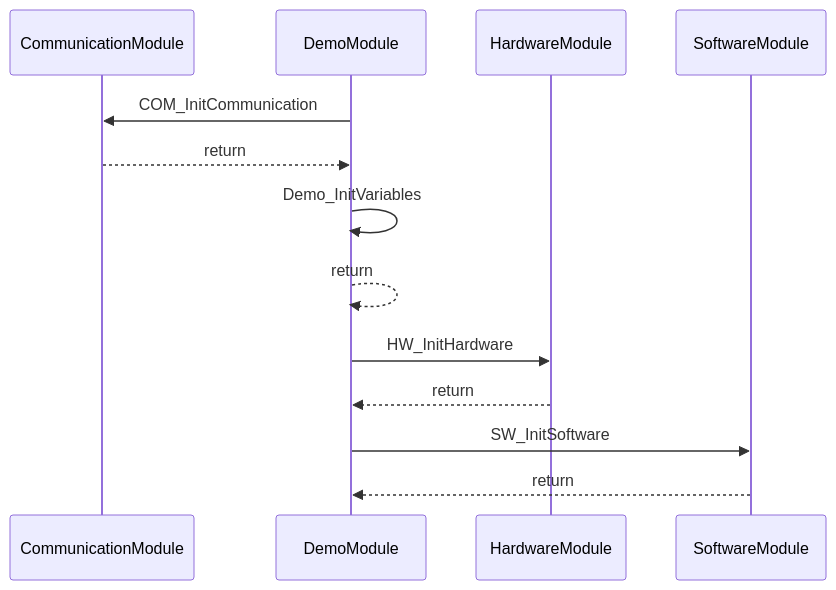
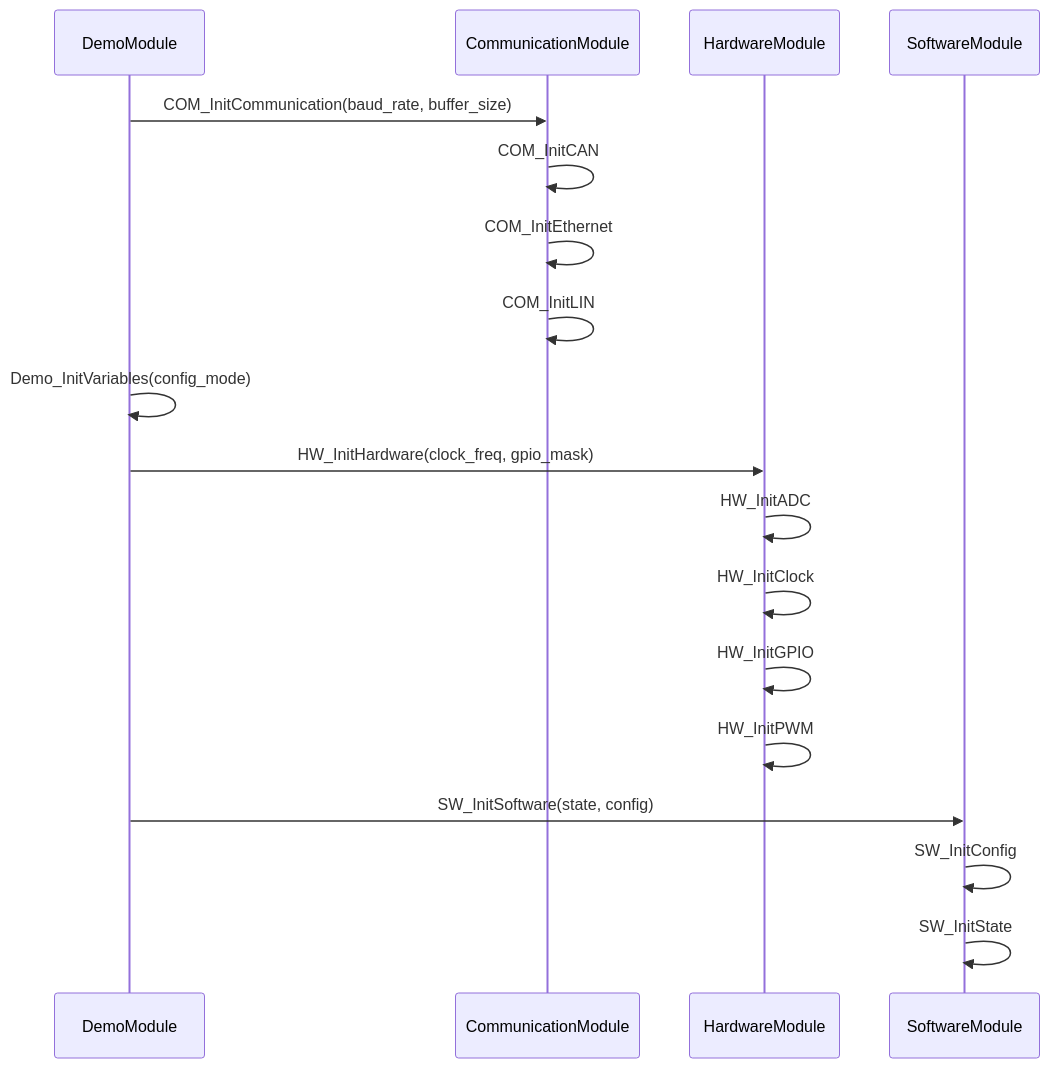
The diagram in demo/demo.md (melodypapa/autosar_calltree), drawn with Mermaid before and after one commit. The commit also changed other lines of this file and 14 other files, not shown here.

First line of the commit message:
feat: add parameter display and improved sequence diagram generation

````diff
--- a/demo/demo.md
+++ b/demo/demo.md
@@ -14,16 +14,21 @@
 ```mermaid
 sequenceDiagram
+    participant DemoModule
     participant CommunicationModule
-    participant DemoModule
     participant HardwareModule
     participant SoftwareModule
 
-    DemoModule->>CommunicationModule: COM_InitCommunication
-    CommunicationModule-->>DemoModule: return
-    DemoModule->>DemoModule: Demo_InitVariables
-    DemoModule-->>DemoModule: return
-    DemoModule->>HardwareModule: HW_InitHardware
-    HardwareModule-->>DemoModule: return
-    DemoModule->>SoftwareModule: SW_InitSoftware
-    SoftwareModule-->>DemoModule: return
+    DemoModule->>CommunicationModule: COM_InitCommunication(baud_rate, buffer_size)
+    CommunicationModule->>CommunicationModule: COM_InitCAN
+    CommunicationModule->>CommunicationModule: COM_InitEthernet
+    CommunicationModule->>CommunicationModule: COM_InitLIN
+    DemoModule->>DemoModule: Demo_InitVariables(config_mode)
+    DemoModule->>HardwareModule: HW_InitHardware(clock_freq, gpio_mask)
+    HardwareModule->>HardwareModule: HW_InitADC
+    HardwareModule->>HardwareModule: HW_InitClock
+    HardwareModule->>HardwareModule: HW_InitGPIO
+    HardwareModule->>HardwareModule: HW_InitPWM
+    DemoModule->>SoftwareModule: SW_InitSoftware(state, config)
+    SoftwareModule->>SoftwareModule: SW_InitConfig
+    SoftwareModule->>SoftwareModule: SW_InitState
 ```
````
